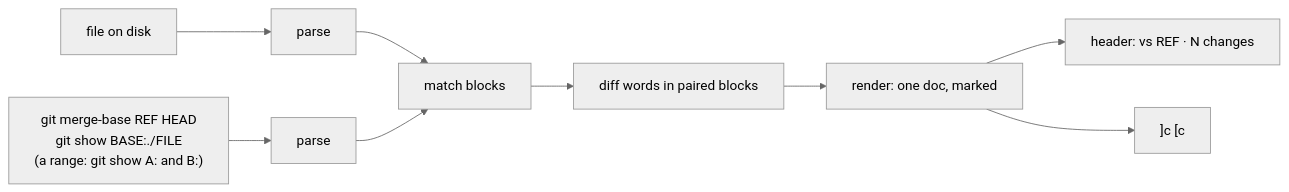
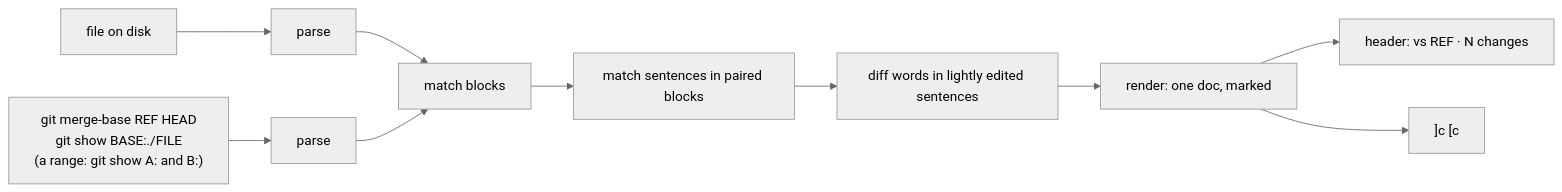
One commit to tampopogk/kanna changed the diagram in docs/specs/markdown-diff.md. Above: the diagram before and after it, drawn with Mermaid (neutral theme). The commit also changed other lines of this file and 5 other files, not shown here.

````diff
--- a/docs/specs/markdown-diff.md
+++ b/docs/specs/markdown-diff.md
@@ -66,11 +78,12 @@
 ```mermaid
 flowchart LR
     F[file on disk] --> P1[parse]
     G["git merge-base REF HEAD<br/>git show BASE:./FILE<br/>(a range: git show A: and B:)"] --> P2[parse]
     P1 --> B[match blocks]
     P2 --> B
-    B --> W[diff words in paired blocks]
+    B --> S[match sentences in paired blocks]
+    S --> W[diff words in lightly edited sentences]
     W --> R[render: one doc, marked]
     R --> H["header: vs REF · N changes"]
     R --> K["]c [c"]
 ```
````
